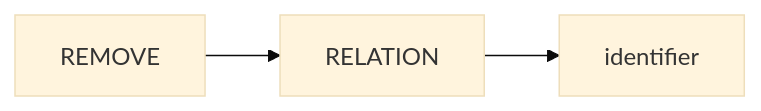
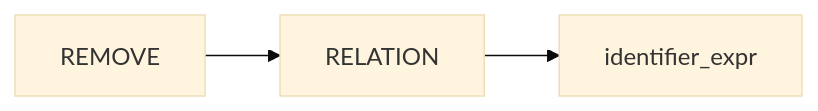
One commit to tmcnab/db-book changed the second of 7 diagrams in src/chapters/0X/specification.md. Above: the diagram before and after it, drawn with Mermaid (base theme). The commit also changed other lines of this file and 14 other files, not shown here.

````diff
--- a/src/chapters/0X/specification.md
+++ b/src/chapters/0X/specification.md
@@ -8,4 +8,4 @@
 ```mermaid
 	flowchart LR
-	REMOVE --> RELATION --> identifier
+	REMOVE --> RELATION --> identifier_expr
 ```
````
